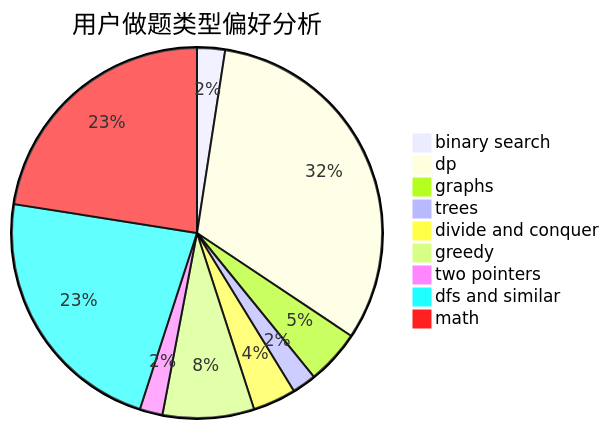
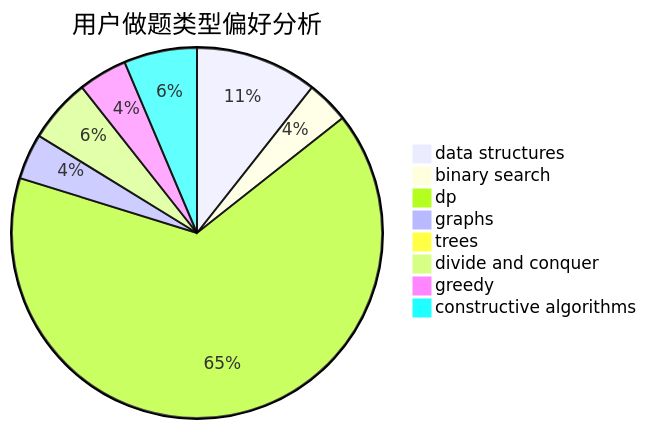
Before and after one commit to sherpahu/cfrs.github.io: the second of 3 diagrams in docs/user/u514.md, drawn with Mermaid. The commit also changed other lines of this file and 2775 other files, not shown here.

````diff
--- a/docs/user/u514.md
+++ b/docs/user/u514.md
@@ -23,12 +23,11 @@
 ```mermaid
 pie title 用户做题类型偏好分析
-    "binary search" :  22
-    "dp" :  288
-    "graphs" :  43
-    "trees" :  19
-    "divide and conquer" :  34
-    "greedy" :  72
-    "two pointers" :  18
-    "dfs and similar" :  203
-    "math" :  203
+    "data structures" :  40
+    "binary search" :  14
+    "dp" :  246
+    "graphs" :  15
+    "trees" :  0
+    "divide and conquer" :  21
+    "greedy" :  16
+    "constructive algorithms" :  24
 ```
````
